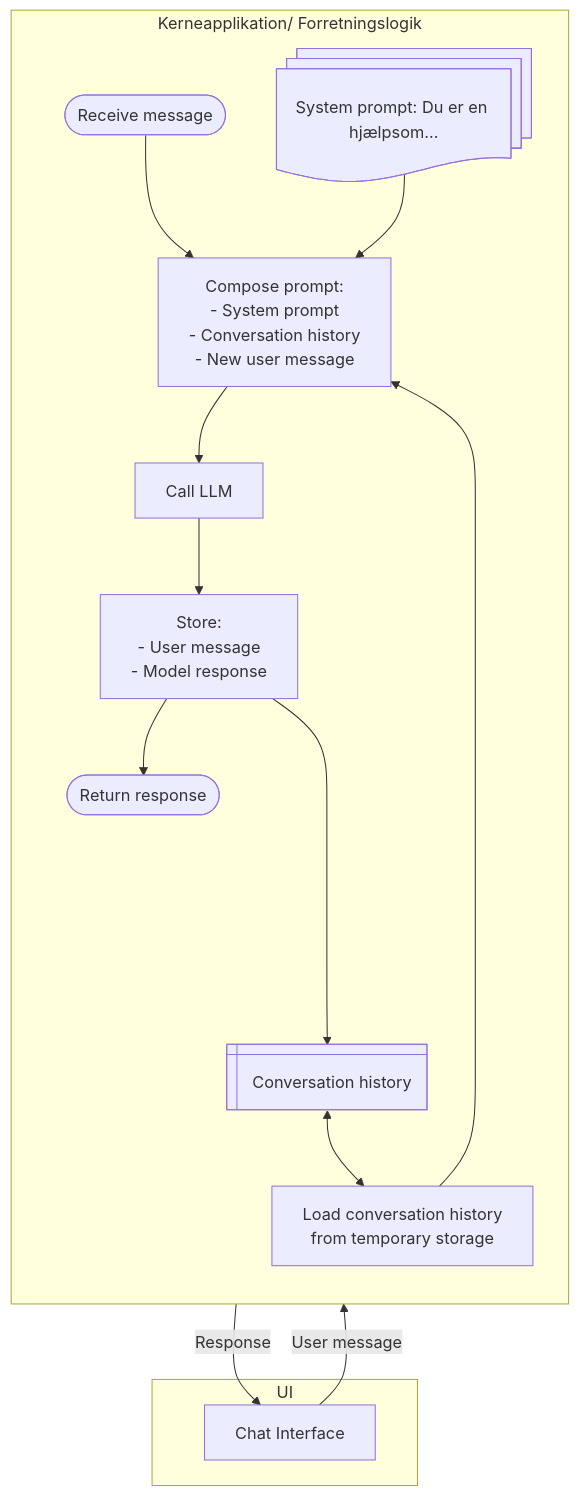
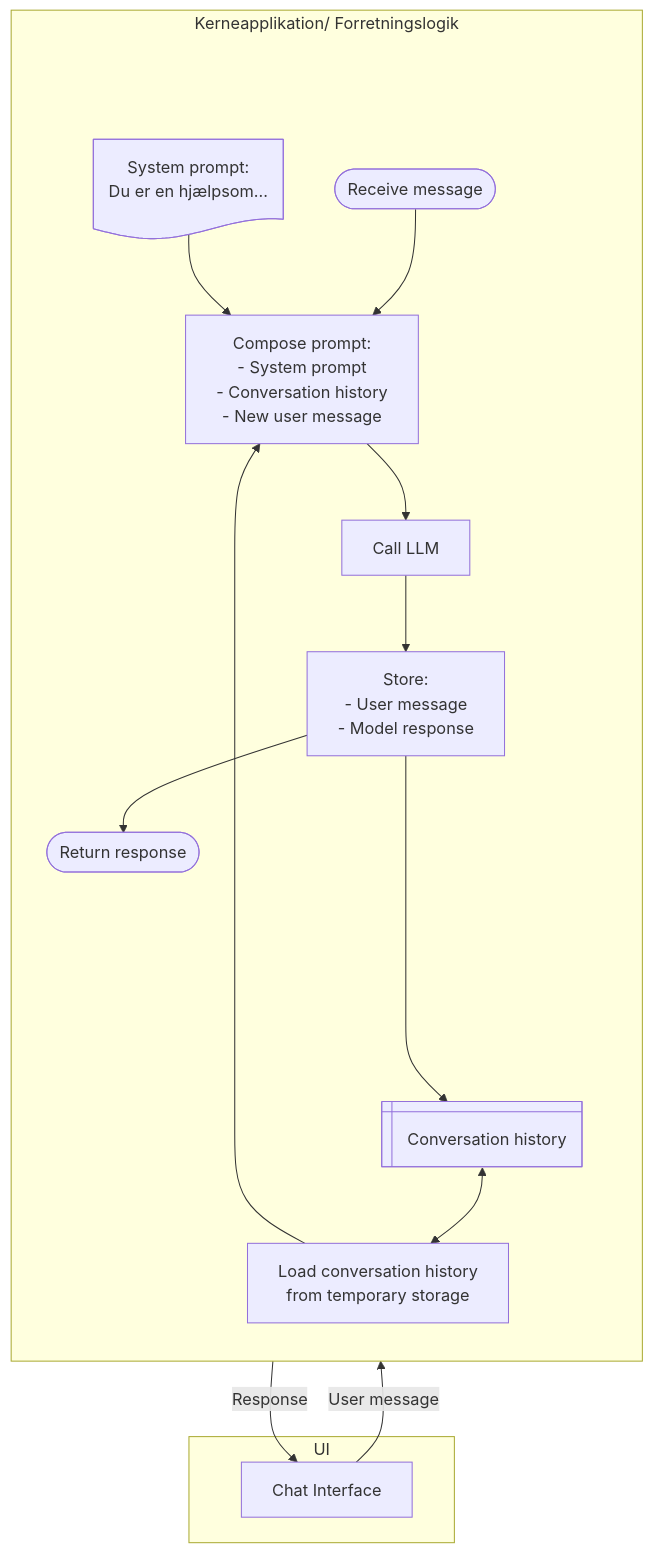
One commit to OS2sandbox/public-genai-governance changed the diagram in docs/minimumskrav/AI_loesningseksempler/simpleste_chat.md. Above: the diagram before and after it, drawn with Mermaid.

Commit message:
Try to fix structure with anchor point

````diff
--- a/docs/minimumskrav/AI_loesningseksempler/simpleste_chat.md
+++ b/docs/minimumskrav/AI_loesningseksempler/simpleste_chat.md
@@ -6,43 +6,47 @@
 ```mermaid
 flowchart TD
+    classDef inViz fill:None,stroke-width:0px;
 
     subgraph UI["UI"]
         chat["Chat Interface"]
     end
 
     chat -->|User message| start
 
     subgraph core["Kerneapplikation/ Forretningslogik"]
-
         direction TB
+        
+        inVizAnchor:::inViz@{shape: junction}
 
         start([Receive message])
 
         storage@{ shape: win-pane, label: "Conversation history" }
         
         ctx["Load conversation history
              from temporary storage"]
              
-        prompt@{ shape: docs, label: "System prompt: Du er en hjælpsom..." }     
+        prompt@{ shape: doc, label: "System prompt: 
+                                     Du er en hjælpsom..." }     
 
         compose["Compose prompt:
                 - System prompt
                 - Conversation history
                 - New user message"]
 
         callModel["Call LLM"]
 
         store["Store:
                - User message
                - Model response"]
 
         respond([Return response])
 
+        inVizAnchor ~~~ start & storage & prompt
         start --> compose --> callModel --> store --> respond
         storage <--> ctx --> compose
         prompt --> compose
         store -----> storage
     end
 
     respond -->|Response| chat
 ```
````
